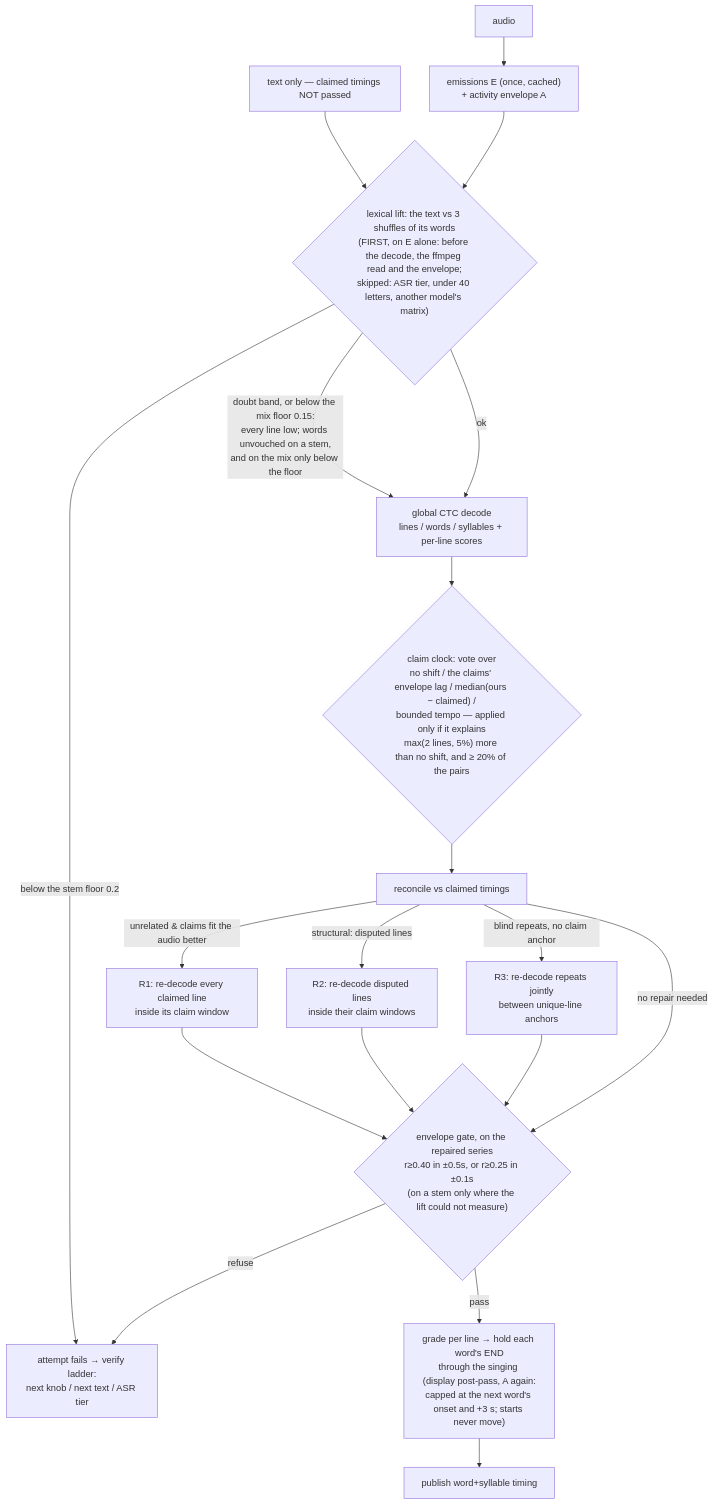
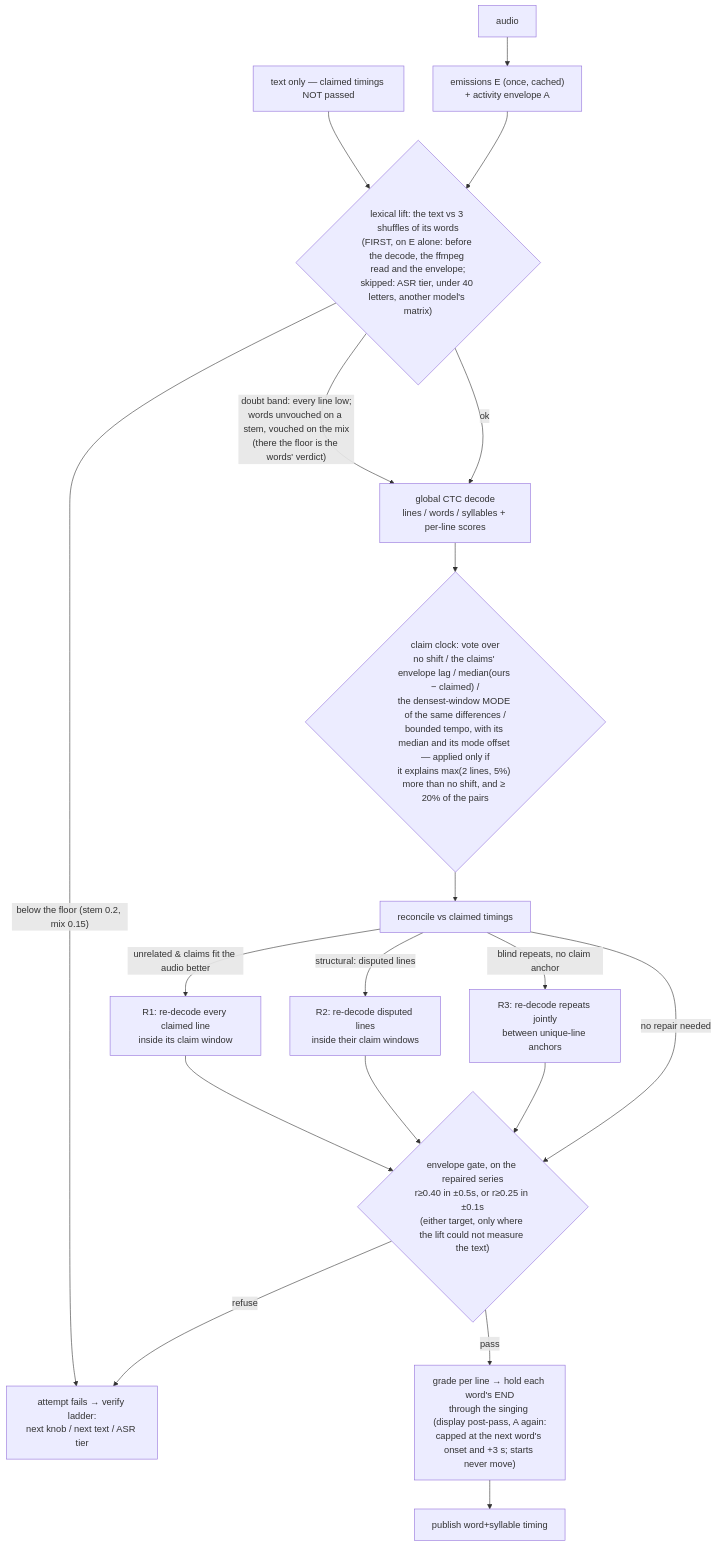
The second of 4 diagrams in worker/README.md (OnlyOneByte/Encore), drawn with Mermaid before and after one commit. The commit also changed other lines of this file and 15 other files, not shown here.

````diff
--- a/worker/README.md
+++ b/worker/README.md
@@ -233,21 +233,21 @@
 ```mermaid
 flowchart TD
     A[audio] --> E["emissions E (once, cached)<br/>+ activity envelope A"]
     T[text only — claimed timings NOT passed] --> LEX
     E --> LEX{"lexical lift: the text vs 3 shuffles of its words<br/>(FIRST, on E alone: before the decode, the ffmpeg read and the envelope;<br/>skipped: ASR tier, under 40 letters, another model's matrix)"}
-    LEX -- "below the stem floor 0.2" --> FAIL
-    LEX -- "doubt band, or below the mix floor 0.15:<br/>every line low; words unvouched on a stem,<br/>and on the mix only below the floor" --> G
+    LEX -- "below the floor (stem 0.2, mix 0.15)" --> FAIL
+    LEX -- "doubt band: every line low;<br/>words unvouched on a stem, vouched on the mix<br/>(there the floor is the words' verdict)" --> G
     LEX -- ok --> G[global CTC decode<br/>lines / words / syllables + per-line scores]
-    G --> CLK{"claim clock: vote over<br/>no shift / the claims' envelope lag / median(ours − claimed) /<br/>bounded tempo — applied only if it explains<br/>max(2 lines, 5%) more than no shift, and ≥ 20% of the pairs"}
+    G --> CLK{"claim clock: vote over<br/>no shift / the claims' envelope lag / median(ours − claimed) /<br/>the densest-window MODE of the same differences /<br/>bounded tempo, with its median and its mode offset — applied only if<br/>it explains max(2 lines, 5%) more than no shift, and ≥ 20% of the pairs"}
     CLK --> R[reconcile vs claimed timings]
     R -- "unrelated & claims fit the audio better" --> R1["R1: re-decode every claimed line<br/>inside its claim window"]
     R -- "structural: disputed lines" --> R2["R2: re-decode disputed lines<br/>inside their claim windows"]
     R -- "blind repeats, no claim anchor" --> R3["R3: re-decode repeats jointly<br/>between unique-line anchors"]
-    R1 --> GATE{"envelope gate, on the repaired series<br/>r≥0.40 in ±0.5s, or r≥0.25 in ±0.1s<br/>(on a stem only where the lift could not measure)"}
+    R1 --> GATE{"envelope gate, on the repaired series<br/>r≥0.40 in ±0.5s, or r≥0.25 in ±0.1s<br/>(either target, only where the lift could not measure the text)"}
     R2 --> GATE
     R3 --> GATE
     R -- no repair needed --> GATE
     GATE -- refuse --> FAIL[attempt fails → verify ladder:<br/>next knob / next text / ASR tier]
     GATE -- pass --> ENDS["grade per line → hold each word's END<br/>through the singing (display post-pass, A again:<br/>capped at the next word's onset and +3 s; starts never move)"]
     ENDS --> P[publish word+syllable timing]
 ```
````
